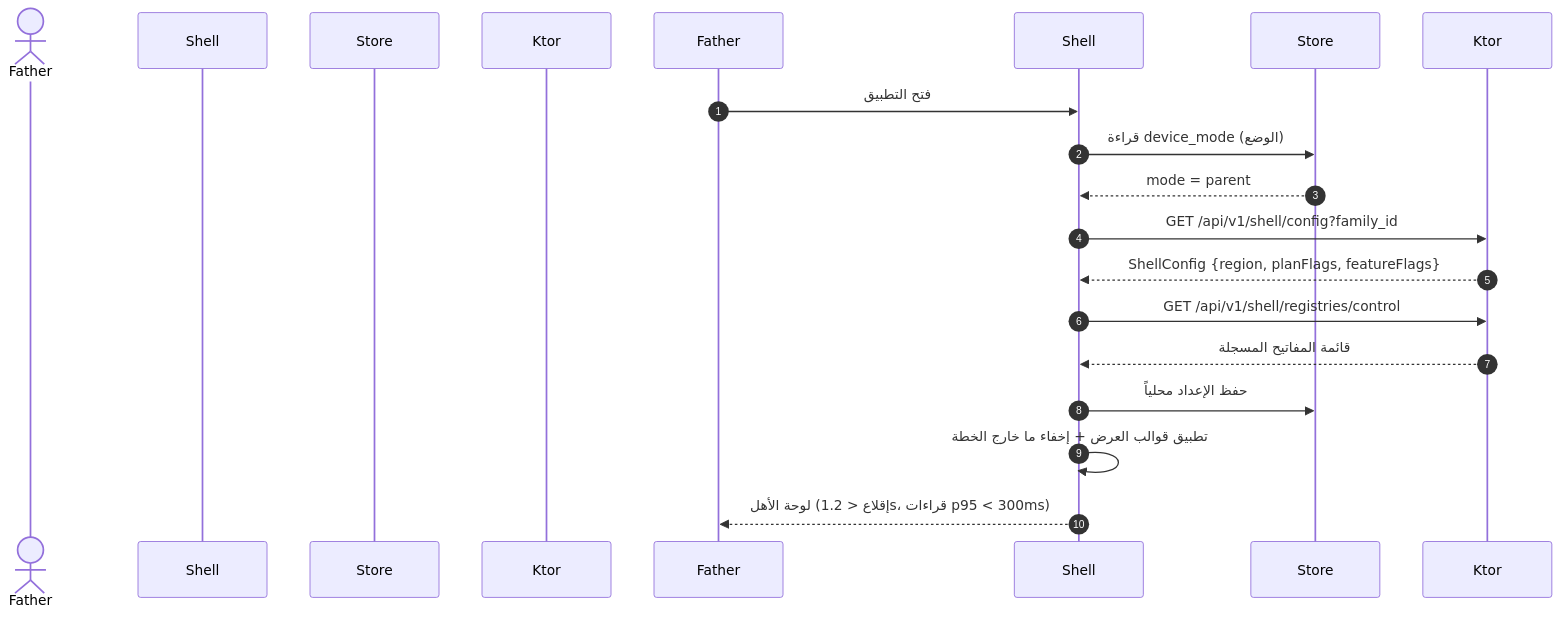
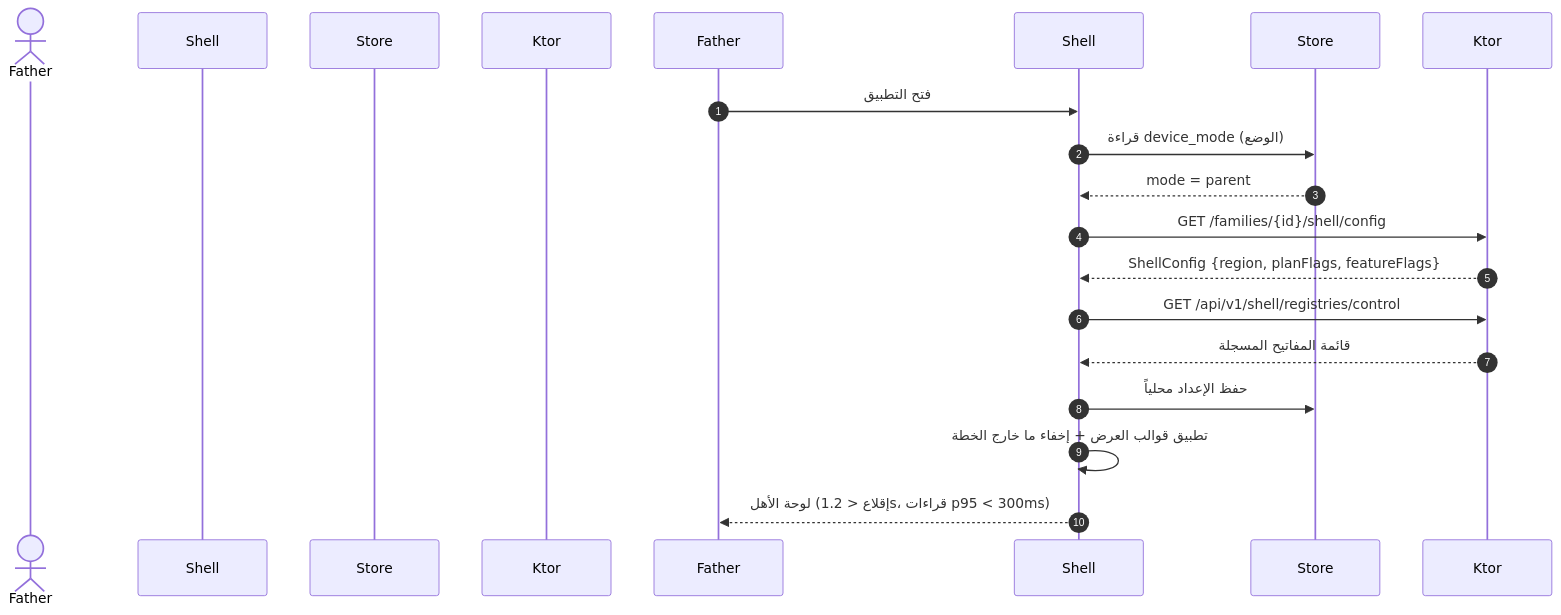
One commit to Bassam-mohammed-alqaeadi/family-os-v2 changed the third of 9 diagrams in docs/family-os/governance/phases/phase-1/S1-01-app-shell-and-platform/DIAGRAMS.md. Above: the diagram before and after it, drawn with Mermaid. The commit also changed other lines of this file and 34 other files, not shown here.

````diff
--- a/docs/family-os/governance/phases/phase-1/S1-01-app-shell-and-platform/DIAGRAMS.md
+++ b/docs/family-os/governance/phases/phase-1/S1-01-app-shell-and-platform/DIAGRAMS.md
@@ -139,18 +140,18 @@
 ```mermaid
 sequenceDiagram
     autonumber
     actor الأب as Father
     participant الغلاف as Shell
     participant التخزين as Store
     participant الخادم as Ktor
     Father->>Shell: فتح التطبيق
     Shell->>Store: قراءة device_mode (الوضع)
     Store-->>Shell: mode = parent
-    Shell->>Ktor: GET /api/v1/shell/config?family_id
+    Shell->>Ktor: GET /families/{id}/shell/config
     Ktor-->>Shell: ShellConfig {region, planFlags, featureFlags}
     Shell->>Ktor: GET /api/v1/shell/registries/control
     Ktor-->>Shell: قائمة المفاتيح المسجلة
     Shell->>Store: حفظ الإعداد محلياً
     Shell->>Shell: تطبيق قوالب العرض + إخفاء ما خارج الخطة
     Shell-->>Father: لوحة الأهل (إقلاع < 1.2s، قراءات p95 < 300ms)
 ```
````
